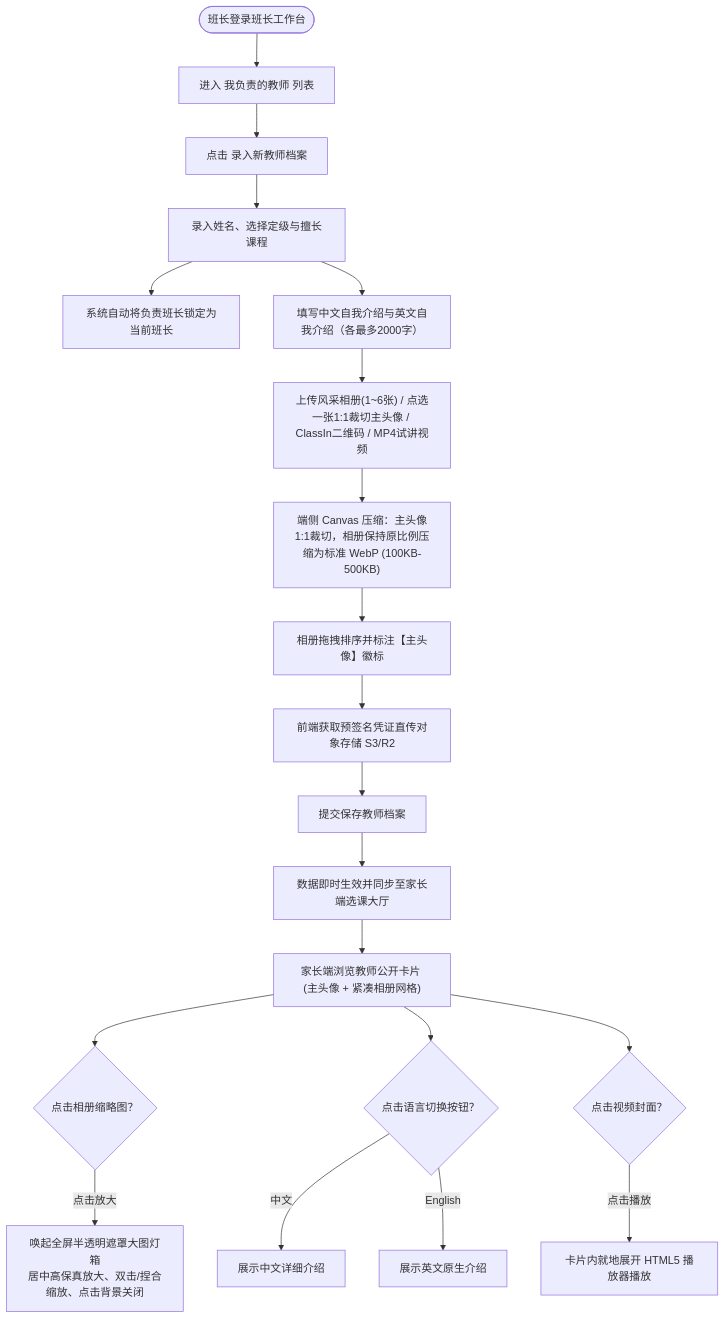
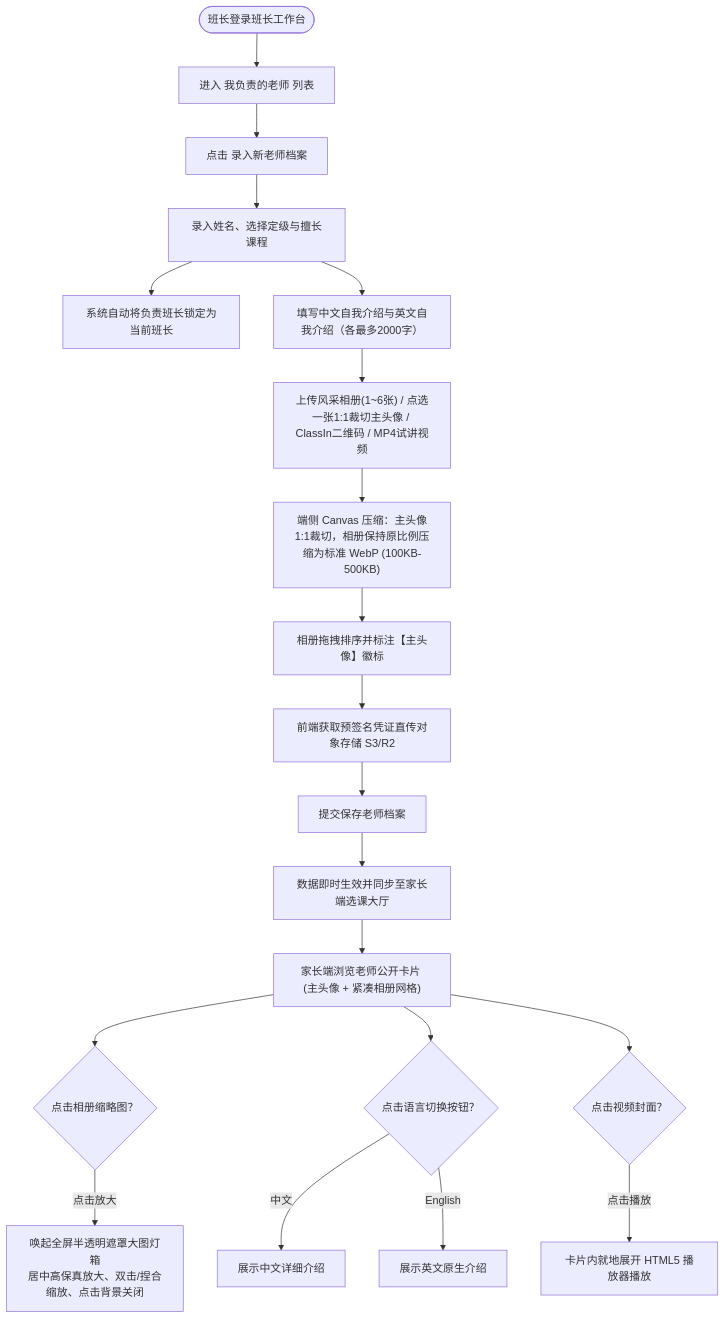
The first of 7 diagrams in docs/prd/m1b_teacher_profile.md (Onezao/dream), drawn with Mermaid before and after one commit. The commit also changed other lines of this file and 37 other files, not shown here.

````diff
--- a/docs/prd/m1b_teacher_profile.md
+++ b/docs/prd/m1b_teacher_profile.md
@@ -51,29 +51,29 @@
 ```mermaid
 flowchart TD
-    Start(["班长登录班长工作台"]) --> NavTeacher["进入 我负责的教师 列表"]
-    NavTeacher --> ClickCreate["点击 录入新教师档案"]
+    Start(["班长登录班长工作台"]) --> NavTeacher["进入 我负责的老师 列表"]
+    NavTeacher --> ClickCreate["点击 录入新老师档案"]
     
     ClickCreate --> InputBase["录入姓名、选择定级与擅长课程"]
     InputBase --> AutoBind["系统自动将负责班长锁定为当前班长"]
     InputBase --> InputBio["填写中文自我介绍与英文自我介绍（各最多2000字）"]
     
     InputBio --> UploadMedia["上传风采相册(1~6张) / 点选一张1:1裁切主头像 / ClassIn二维码 / MP4试讲视频"]
     UploadMedia --> ClientCrop["端侧 Canvas 压缩：主头像1:1裁切，相册保持原比例压缩为标准 WebP (100KB-500KB)"]
     ClientCrop --> ReorderPhotos["相册拖拽排序并标注【主头像】徽标"]
     ReorderPhotos --> PresignedDirect["前端获取预签名凭证直传对象存储 S3/R2"]
-    PresignedDirect --> SaveProfile["提交保存教师档案"]
+    PresignedDirect --> SaveProfile["提交保存老师档案"]
     
     SaveProfile --> PublicPublish["数据即时生效并同步至家长端选课大厅"]
     
-    PublicPublish --> ParentView["家长端浏览教师公开卡片 (主头像 + 紧凑相册网格)"]
+    PublicPublish --> ParentView["家长端浏览老师公开卡片 (主头像 + 紧凑相册网格)"]
     
     ParentView --> ClickPhoto{"点击相册缩略图？"}
     ClickPhoto -->|"点击放大"| LightboxModal["唤起全屏半透明遮罩大图灯箱\n居中高保真放大、双击/捏合缩放、点击背景关闭"]
     
     ParentView --> SwitchLang{"点击语言切换按钮？"}
     SwitchLang -->|"中文"| ShowZh["展示中文详细介绍"]
     SwitchLang -->|"English"| ShowEn["展示英文原生介绍"]
     
     ParentView --> ClickVideo{"点击视频封面？"}
     ClickVideo -->|"点击播放"| InPlacePlay["卡片内就地展开 HTML5 播放器播放"]
 ```
````
